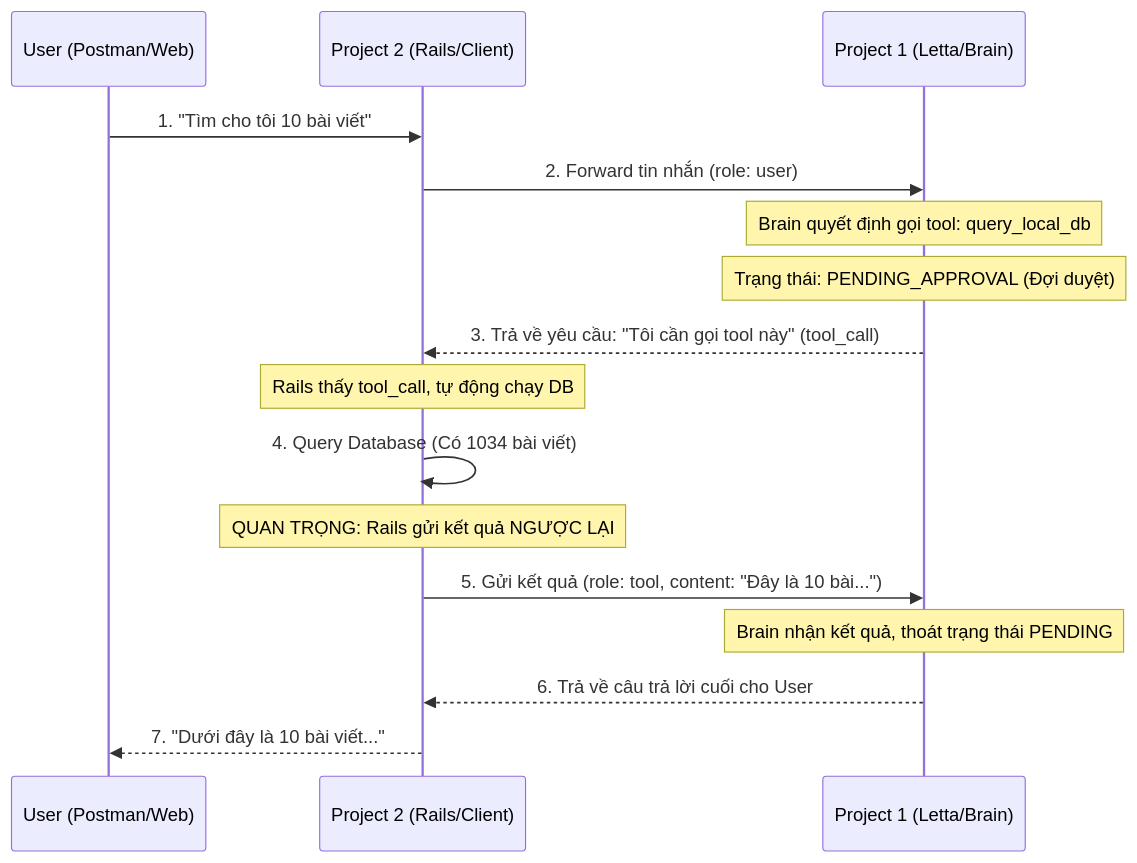
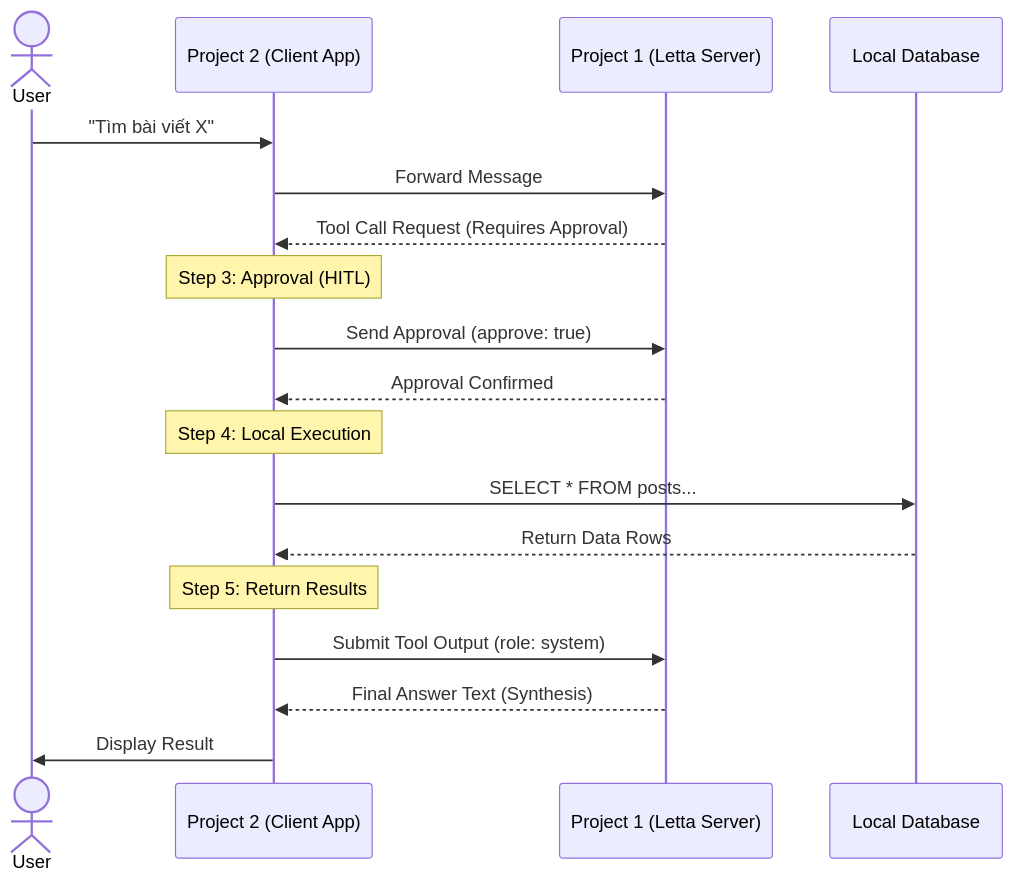
Before and after one commit to vantrong24052003/PLATFORM_LETTA: the second of 3 diagrams in docs/letta-db-integration/01-configuration/03-sequence-diagrams.md, drawn with Mermaid. The commit also changed other lines of this file and 22 other files, not shown here.

Commit message:
handle messgae approved request and extract letta

````diff
--- a/docs/letta-db-integration/01-configuration/03-sequence-diagrams.md
+++ b/docs/letta-db-integration/01-configuration/03-sequence-diagrams.md
@@ -5,24 +19,26 @@
 ```mermaid
 sequenceDiagram
-    participant U as User (Postman/Web)
-    participant R as Project 2 (Rails/Client)
-    participant L as Project 1 (Letta/Brain)
+    actor User
+    participant Client as Project 2 (Client App)
+    participant Server as Project 1 (Letta Server)
+    participant DB as Local Database
 
-    U->>R: 1. "Tìm cho tôi 10 bài viết"
-    R->>L: 2. Forward tin nhắn (role: user)
+    User->>Client: "Tìm bài viết X"
+    Client->>Server: Forward Message
     
-    Note over L: Brain quyết định gọi tool: query_local_db
-    Note over L: Trạng thái: PENDING_APPROVAL (Đợi duyệt)
+    Server-->>Client: Tool Call Request (Requires Approval)
     
-    L-->>R: 3. Trả về yêu cầu: "Tôi cần gọi tool này" (tool_call)
+    Note over Client: Step 3: Approval (HITL)
+    Client->>Server: Send Approval (approve: true)
+    Server-->>Client: Approval Confirmed
     
-    Note over R: Rails thấy tool_call, tự động chạy DB
-    R->>R: 4. Query Database (Có 1034 bài viết)
+    Note over Client: Step 4: Local Execution
+    Client->>DB: SELECT * FROM posts...
+    DB-->>Client: Return Data Rows
     
-    Note over R: QUAN TRỌNG: Rails gửi kết quả NGƯỢC LẠI
-    R->>L: 5. Gửi kết quả (role: tool, content: "Đây là 10 bài...")
+    Note over Client: Step 5: Return Results
+    Client->>Server: Submit Tool Output (role: system)
     
-    Note over L: Brain nhận kết quả, thoát trạng thái PENDING
-    L-->>R: 6. Trả về câu trả lời cuối cho User
-    R-->>U: 7. "Dưới đây là 10 bài viết..."
+    Server-->>Client: Final Answer Text (Synthesis)
+    Client->>User: Display Result
 ```
````
